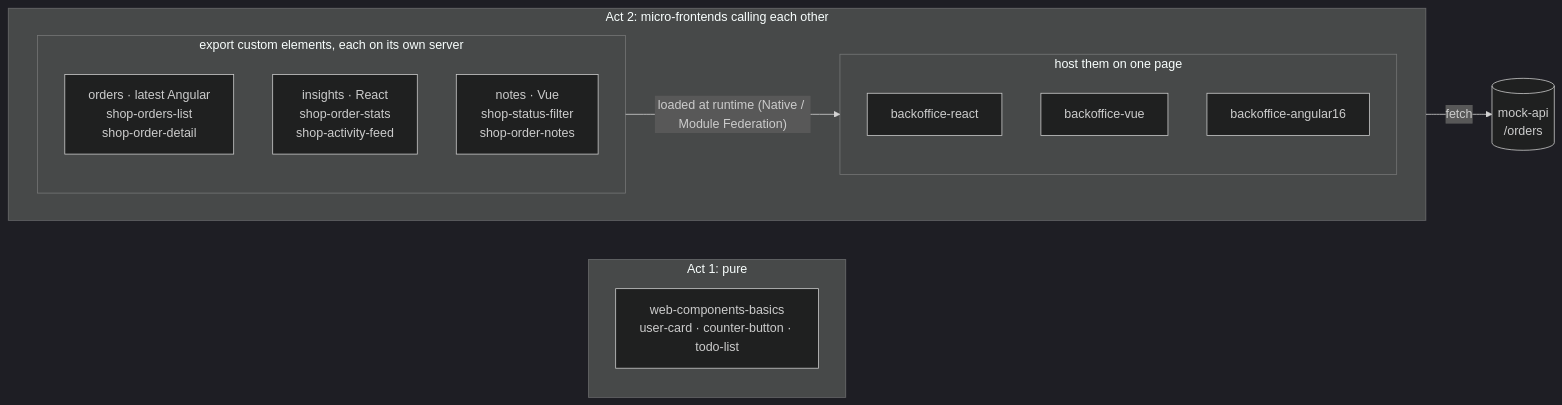
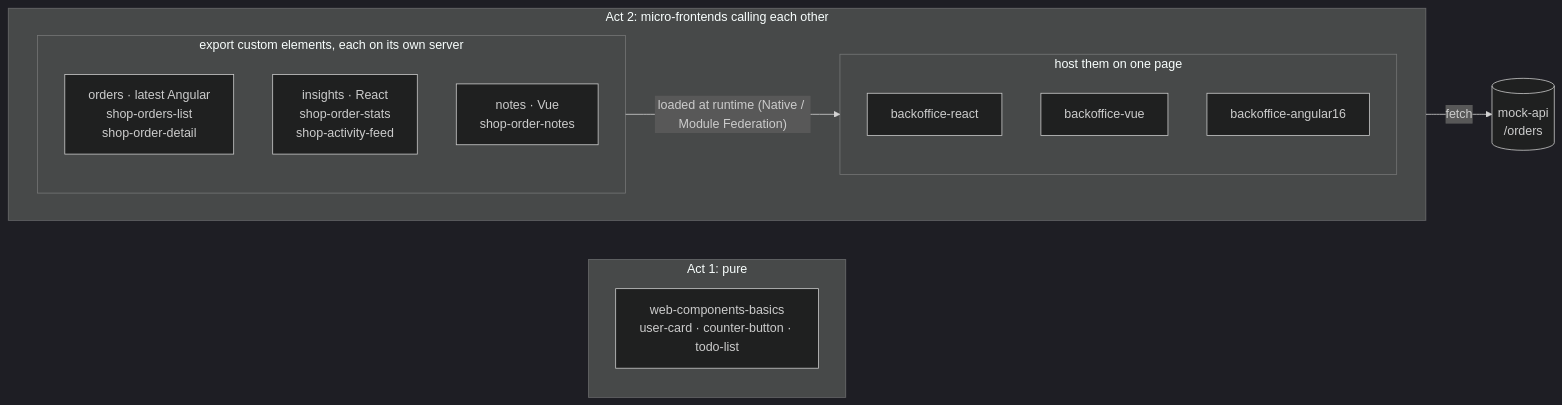
One commit to IliasEfth/Web-Components changed the diagram in README.md. Above: the diagram before and after it, drawn with Mermaid (dark theme). The commit also changed other lines of this file and 23 other files, not shown here.

First line of the commit message:
refactor(notes): notes only, each shell owns its status filter

````diff
--- a/README.md
+++ b/README.md
@@ -59,24 +59,24 @@
 ```mermaid
 flowchart LR
   subgraph act1[Act 1: pure]
     basics[web-components-basics<br/>user-card · counter-button · todo-list]
   end
 
   subgraph act2[Act 2: micro-frontends calling each other]
     direction LR
     subgraph remotes[export custom elements, each on its own server]
       orders[orders · latest Angular<br/>shop-orders-list<br/>shop-order-detail]
       insights[insights · React<br/>shop-order-stats<br/>shop-activity-feed]
-      notes[notes · Vue<br/>shop-status-filter<br/>shop-order-notes]
+      notes[notes · Vue<br/>shop-order-notes]
     end
     subgraph shells[host them on one page]
       react[backoffice-react]
       vue[backoffice-vue]
       ng16[backoffice-angular16]
     end
     remotes -- "loaded at runtime (Native / Module Federation)" --> shells
   end
 
   api[(mock-api<br/>/orders)]
   remotes -- fetch --> api
 ```
````
